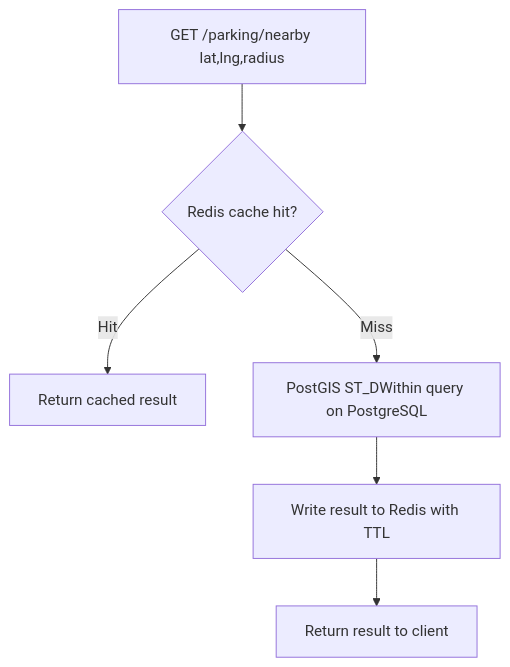
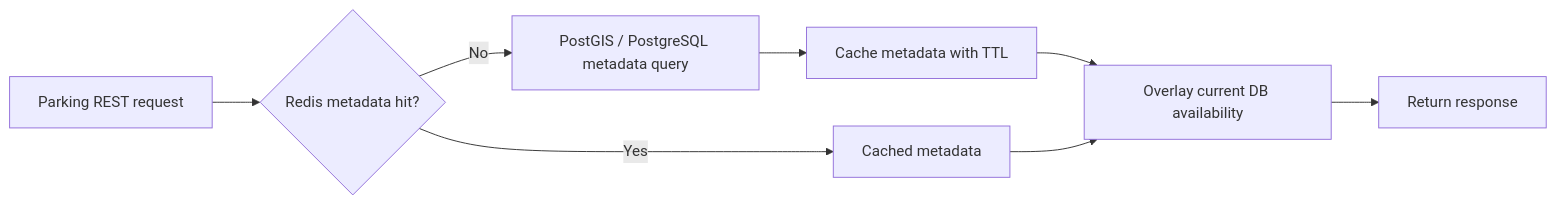
The first of 2 diagrams in docs/architecture/redis-flow.md (anhtran1304/parking-finder), drawn with Mermaid before and after one commit. The commit also changed other lines of this file and 12 other files, not shown here.

````diff
--- a/docs/architecture/redis-flow.md
+++ b/docs/architecture/redis-flow.md
@@ -13,8 +12,10 @@
 ```mermaid
-flowchart TD
-    A[GET /parking/nearby lat,lng,radius] --> B{Redis cache hit?}
-    B -->|Hit| C[Return cached result]
-    B -->|Miss| D[PostGIS ST_DWithin query on PostgreSQL]
-    D --> E[Write result to Redis with TTL]
-    E --> F[Return result to client]
+flowchart LR
+    A[Parking REST request] --> B{Redis metadata hit?}
+    B -->|No| C[PostGIS / PostgreSQL metadata query]
+    C --> D[Cache metadata with TTL]
+    B -->|Yes| E[Cached metadata]
+    D --> F[Overlay current DB availability]
+    E --> F
+    F --> G[Return response]
 ```
````
